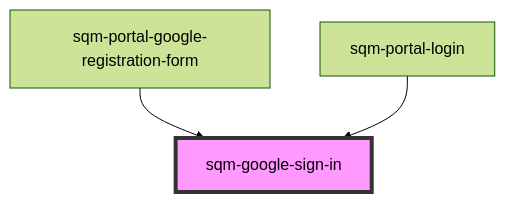
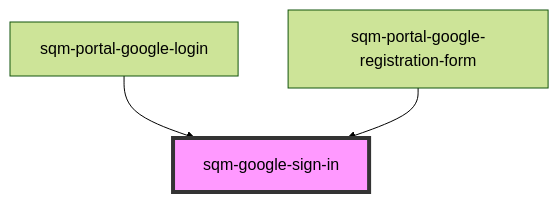
The diagram in packages/mint-components/src/components/sqm-google-sign-in/readme.md (saasquatch/program-tools), drawn with Mermaid (forest theme) before and after one commit. The commit also changed other lines of this file and 14 other files, not shown here.

Commit message:
split google changes to sqm-portal-google-login + prerelease

````diff
--- a/packages/mint-components/src/components/sqm-google-sign-in/readme.md
+++ b/packages/mint-components/src/components/sqm-google-sign-in/readme.md
@@ -31,6 +31,6 @@
 ```mermaid
 graph TD;
+  sqm-portal-google-login --> sqm-google-sign-in
   sqm-portal-google-registration-form --> sqm-google-sign-in
-  sqm-portal-login --> sqm-google-sign-in
   style sqm-google-sign-in fill:#f9f,stroke:#333,stroke-width:4px
 ```
````
